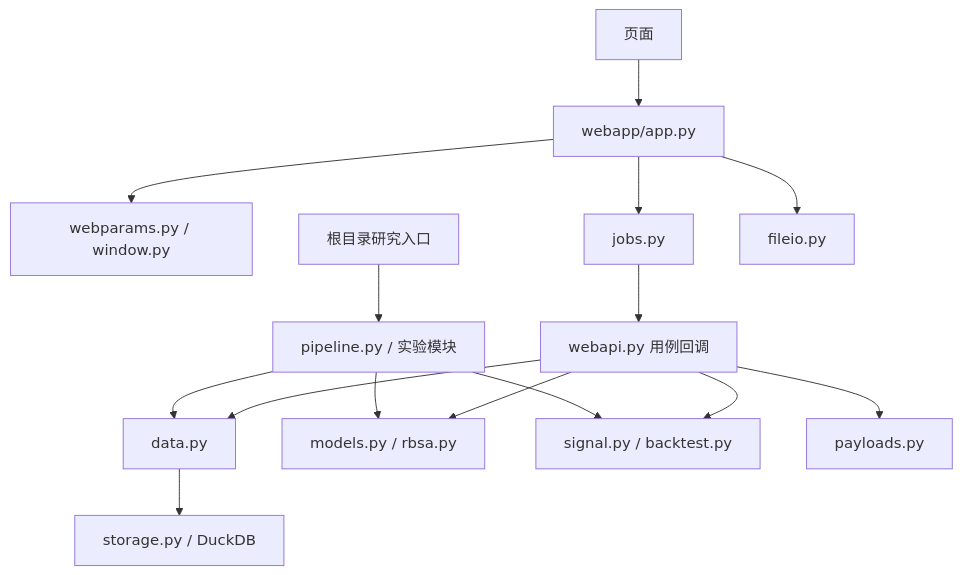
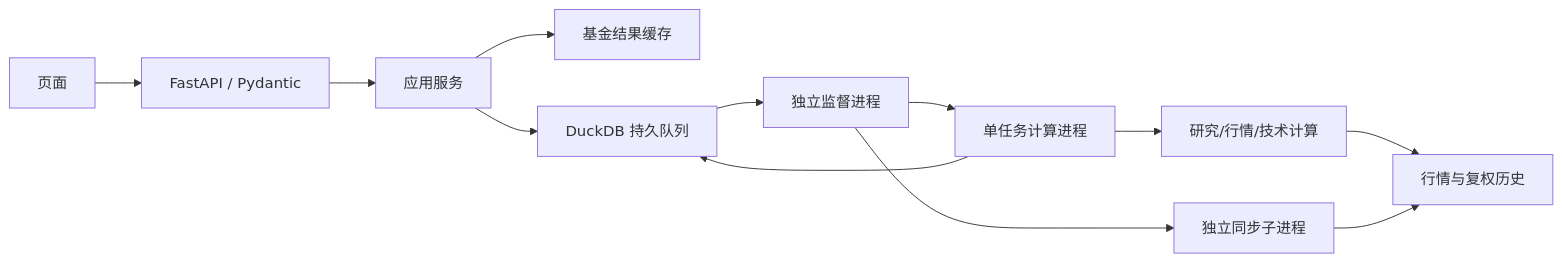
Before and after one commit to liu4113231988/FundAnalyze: the diagram in docs/架构设计.md, drawn with Mermaid. The commit also changed other lines of this file and 180 other files, not shown here.

````diff
--- a/docs/架构设计.md
+++ b/docs/架构设计.md
@@ -29,17 +26,14 @@
 ```mermaid
-flowchart TD
-    UI[页面] --> HTTP[webapp/app.py]
-    HTTP --> PARAMS[webparams.py / window.py]
-    HTTP --> JOBS[jobs.py]
-    JOBS --> USECASE[webapi.py 用例回调]
-    CLI[根目录研究入口] --> PIPE[pipeline.py / 实验模块]
-    USECASE --> DATA[data.py]
-    PIPE --> DATA
-    DATA --> DB[storage.py / DuckDB]
-    USECASE --> MODELS[models.py / rbsa.py]
-    PIPE --> MODELS
-    USECASE --> BT[signal.py / backtest.py]
-    PIPE --> BT
-    USECASE --> PAYLOAD[payloads.py]
-    HTTP --> IO[fileio.py]
+flowchart LR
+    UI[页面] --> API[FastAPI / Pydantic]
+    API --> Service[应用服务]
+    Service --> Cache[基金结果缓存]
+    Service --> Queue[DuckDB 持久队列]
+    Queue --> Supervisor[独立监督进程]
+    Supervisor --> Child[单任务计算进程]
+    Child --> Domain[研究/行情/技术计算]
+    Child --> Queue
+    Domain --> Data[行情与复权历史]
+    Supervisor --> Sync[独立同步子进程]
+    Sync --> Data
 ```
````
